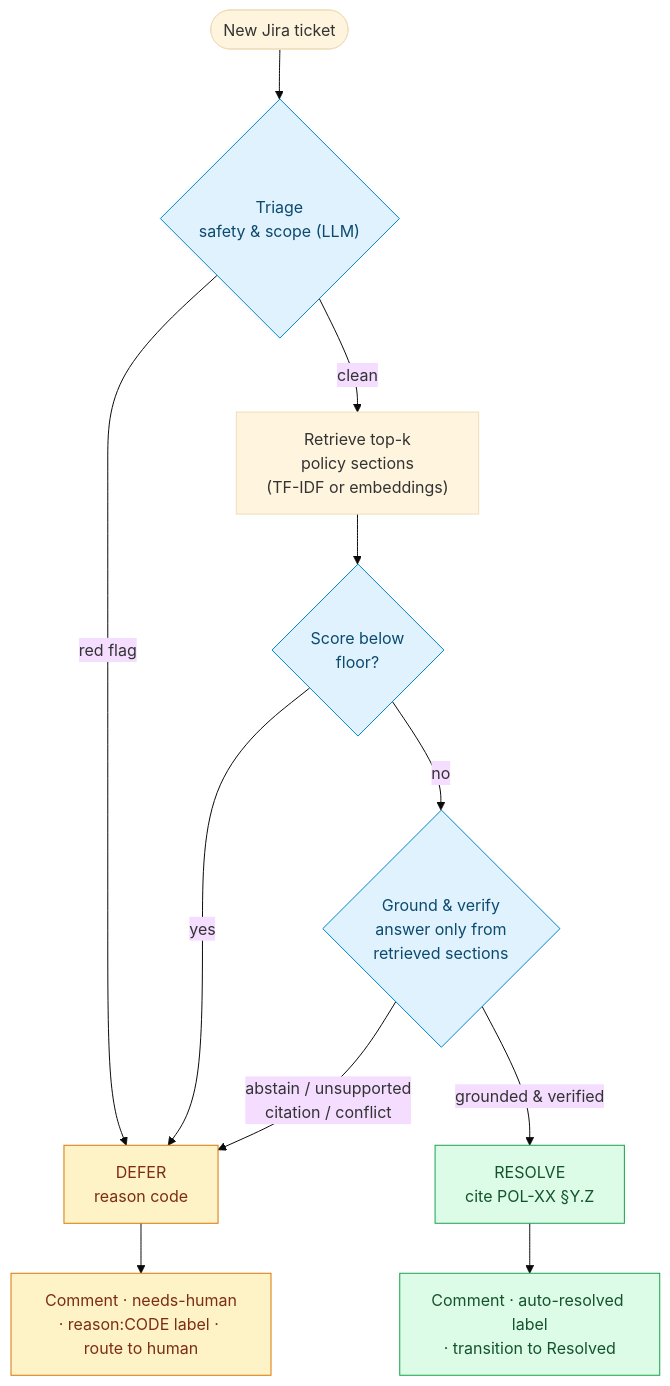
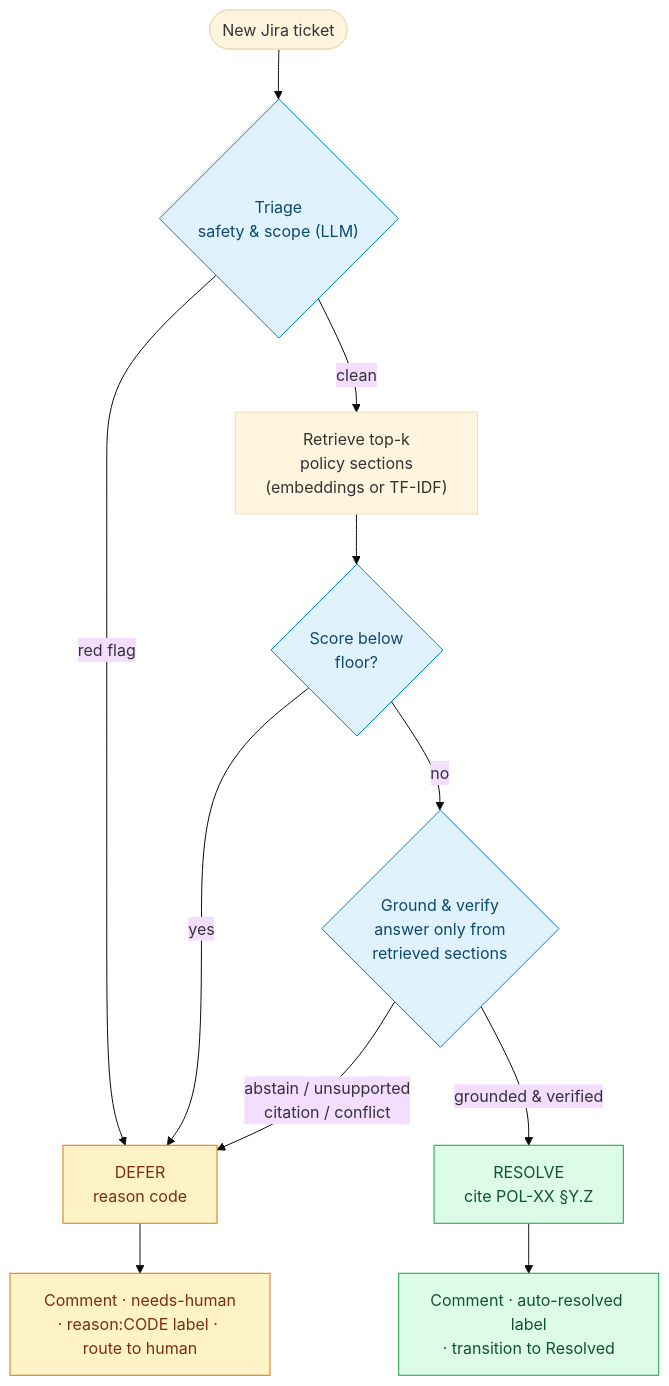
Before and after one commit to cemenenkoff/jira-agent: the diagram in README.md, drawn with Mermaid (base theme). The commit also changed other lines of this file and 18 other files, not shown here.

````diff
--- a/README.md
+++ b/README.md
@@ -54,20 +54,20 @@
 ```mermaid
 flowchart TD
     A([New Jira ticket]) --> T{"Triage<br/>safety &amp; scope (LLM)"}
     T -->|"red flag"| D["DEFER<br/>reason code"]
-    T -->|"clean"| R["Retrieve top-k<br/>policy sections<br/>(TF-IDF or embeddings)"]
+    T -->|"clean"| R["Retrieve top-k<br/>policy sections<br/>(embeddings or TF-IDF)"]
     R --> F{"Score below<br/>floor?"}
     F -->|"yes"| D
     F -->|"no"| G{"Ground &amp; verify<br/>answer only from<br/>retrieved sections"}
     G -->|"abstain / unsupported<br/>citation / conflict"| D
     G -->|"grounded &amp; verified"| RES["RESOLVE<br/>cite POL-XX §Y.Z"]
     RES --> AR["Comment · auto-resolved label<br/>· transition to Resolved"]
     D --> HU["Comment · needs-human<br/>· reason:CODE label · route to human"]
 
     classDef resolve fill:#dcfce7,stroke:#16a34a,color:#14532d;
     classDef defer fill:#fef3c7,stroke:#d97706,color:#7c2d12;
     classDef gate fill:#e0f2fe,stroke:#0284c7,color:#0c4a6e;
     class RES,AR resolve;
     class D,HU defer;
     class T,F,G gate;
 ```
````
